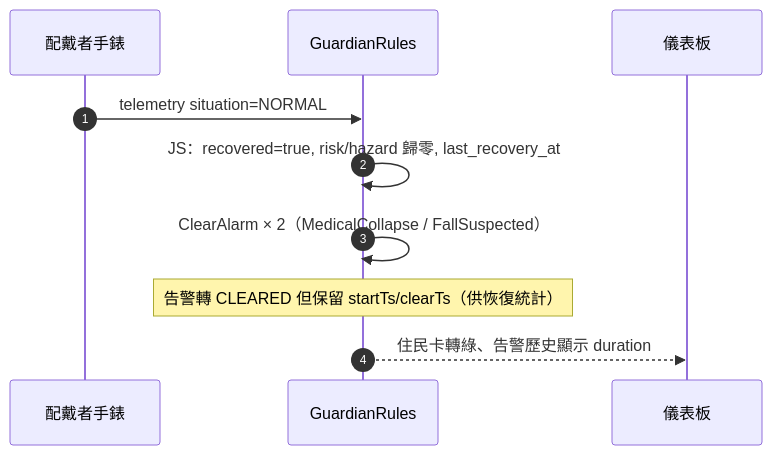
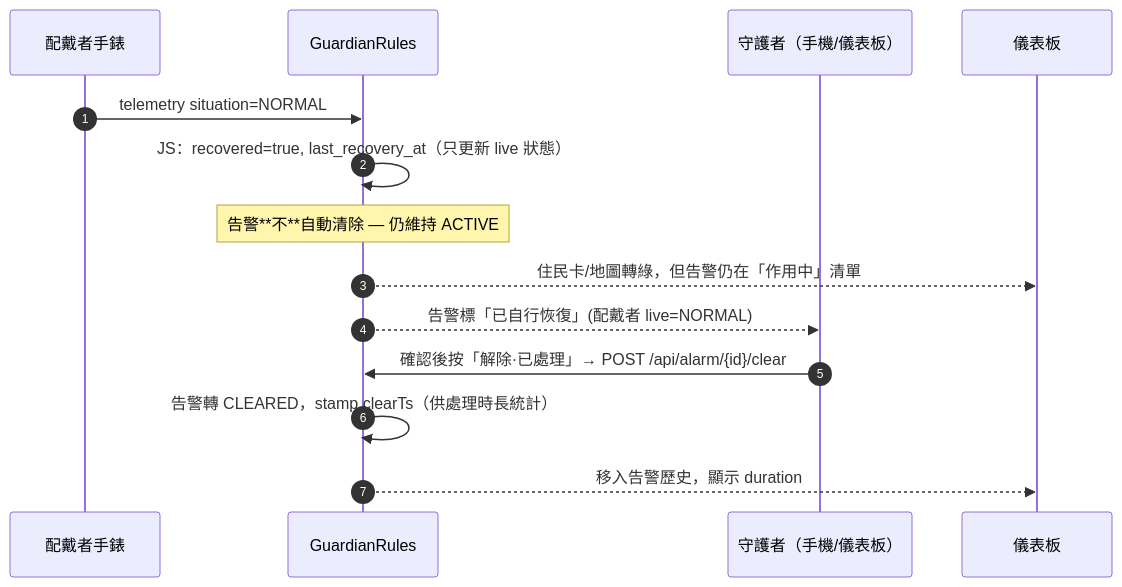
The fifth of 7 diagrams in docs/architecture.md (Zrn-code/iot-fall-guardian), drawn with Mermaid before and after one commit. The commit also changed other lines of this file and 14 other files, not shown here.

````diff
--- a/docs/architecture.md
+++ b/docs/architecture.md
@@ -235,13 +239,17 @@
 ```mermaid
 sequenceDiagram
   autonumber
   participant W as 配戴者手錶
   participant TB as GuardianRules
+  participant G as 守護者（手機/儀表板）
   participant DB as 儀表板
 
   W->>TB: telemetry situation=NORMAL
-  TB->>TB: JS：recovered=true, risk/hazard 歸零, last_recovery_at
-  TB->>TB: ClearAlarm × 2（MedicalCollapse / FallSuspected）
-  Note over TB: 告警轉 CLEARED 但保留 startTs/clearTs（供恢復統計）
-  TB-->>DB: 住民卡轉綠、告警歷史顯示 duration
+  TB->>TB: JS：recovered=true, last_recovery_at（只更新 live 狀態）
+  Note over TB: 告警**不**自動清除 — 仍維持 ACTIVE
+  TB-->>DB: 住民卡/地圖轉綠，但告警仍在「作用中」清單
+  TB-->>G: 告警標「已自行恢復」(配戴者 live=NORMAL)
+  G->>TB: 確認後按「解除·已處理」→ POST /api/alarm/{id}/clear
+  TB->>TB: 告警轉 CLEARED，stamp clearTs（供處理時長統計）
+  TB-->>DB: 移入告警歷史，顯示 duration
 ```
````
